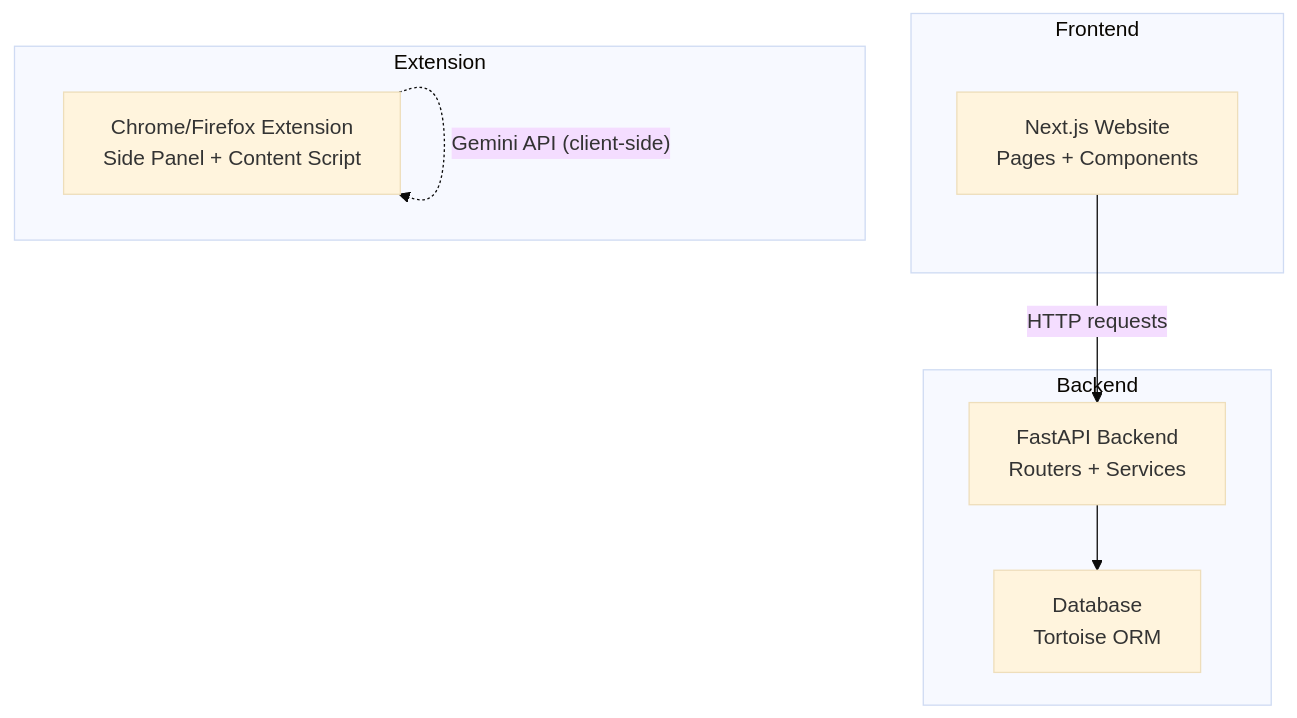
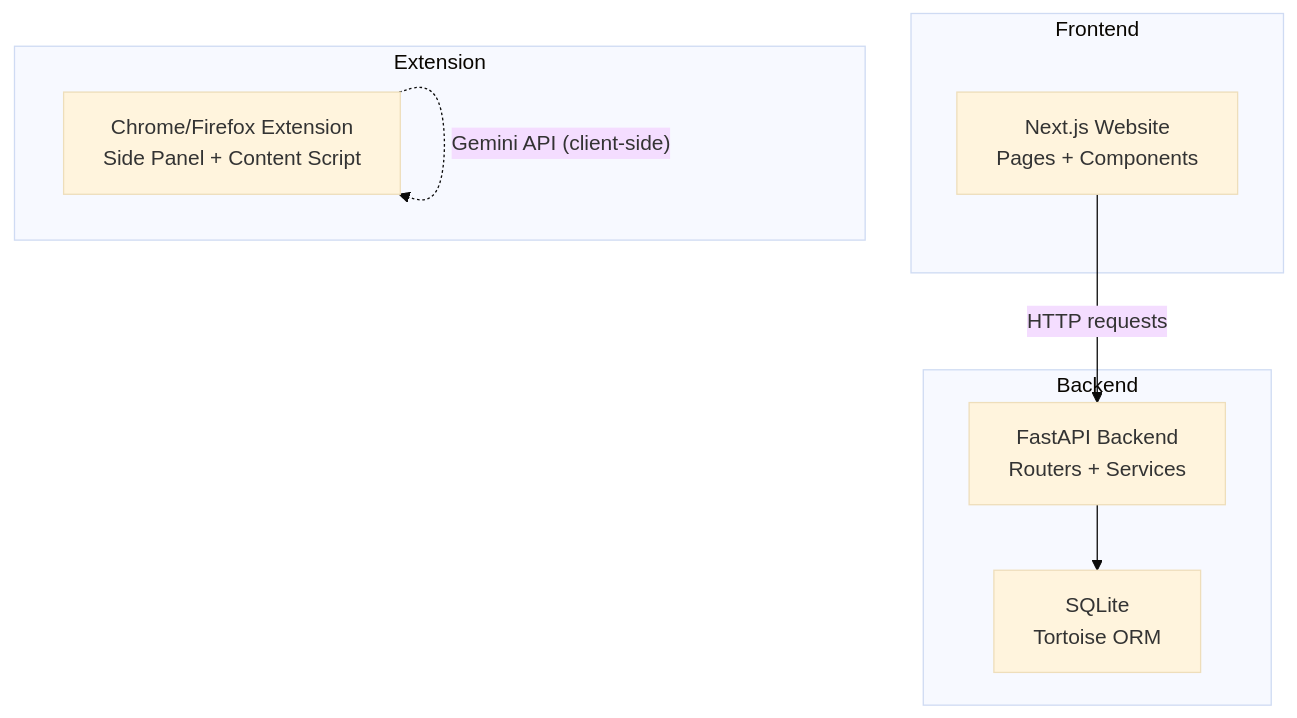
The second of 6 diagrams in src/data/docs/mooc-utils/Project Overview/Project Overview.md (tashifkhan/tashif.codes), drawn with Mermaid (base theme) before and after one commit. The commit also changed other lines of this file and 2128 other files, not shown here.

First line of the commit message:
docs: replace raster diagram images with native Mermaid across project guides

````diff
--- a/src/data/docs/mooc-utils/Project Overview/Project Overview.md
+++ b/src/data/docs/mooc-utils/Project Overview/Project Overview.md
@@ -66,16 +65,16 @@
 ```mermaid
 graph TB
 subgraph "Frontend"
 UI["Next.js Website<br/>Pages + Components"]
 end
 subgraph "Backend"
 API["FastAPI Backend<br/>Routers + Services"]
-DB["Database<br/>Tortoise ORM"]
+DB["SQLite<br/>Tortoise ORM"]
 end
 subgraph "Extension"
 EXT["Chrome/Firefox Extension<br/>Side Panel + Content Script"]
 end
 UI --> |"HTTP requests"| API
 API --> DB
 EXT -.->|"Gemini API (client-side)"| EXT
 ```
````
